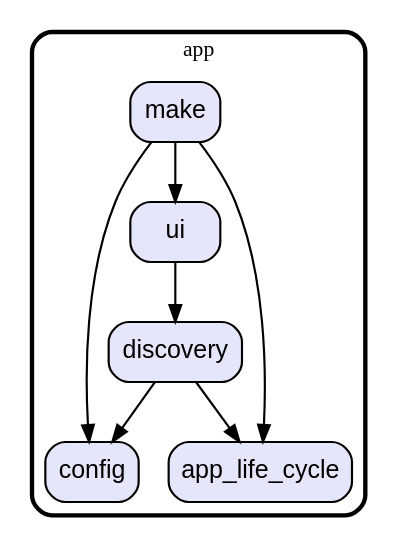
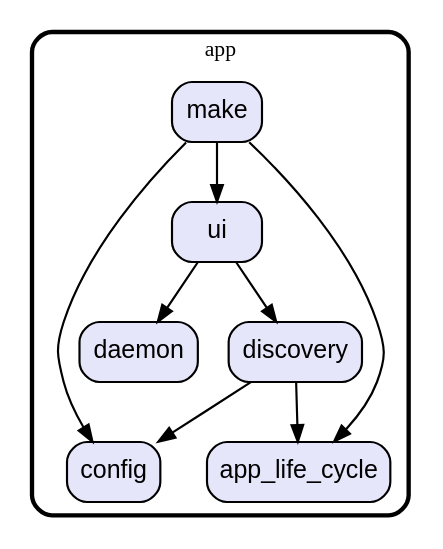
One commit to gev/reacthome-mobile changed the diagram in graph/lib/app.dot. Above: the diagram before and after it, drawn with Graphviz. The commit also changed 4 other files, not shown here.

Commit message:
update the graph

```diff
--- a/graph/lib/app.dot
+++ b/graph/lib/app.dot
@@ -1,24 +1,27 @@
 digraph "" {
   graph [style=rounded fontname="Arial Black" fontsize=13 penwidth=2.6];
   node [shape=rect style="filled,rounded" fontname=Arial fontsize=15 fillcolor=Lavender penwidth=1.3];
   edge [penwidth=1.3];
+  "/daemon.dart" [label="daemon"];
   "/ui.dart" [label="ui"];
   "/config.dart" [label="config"];
   "/app_life_cycle.dart" [label="app_life_cycle"];
   "/discovery.dart" [label="discovery"];
   "/make.dart" [label="make"];
   subgraph "cluster~" {
     label="app";
+    "/daemon.dart";
     "/ui.dart";
     "/config.dart";
     "/app_life_cycle.dart";
     "/discovery.dart";
     "/make.dart";
   }
+  "/ui.dart" -> "/daemon.dart";
   "/ui.dart" -> "/discovery.dart";
   "/discovery.dart" -> "/app_life_cycle.dart";
   "/discovery.dart" -> "/config.dart";
   "/make.dart" -> "/app_life_cycle.dart";
   "/make.dart" -> "/config.dart";
   "/make.dart" -> "/ui.dart";
 }
```
